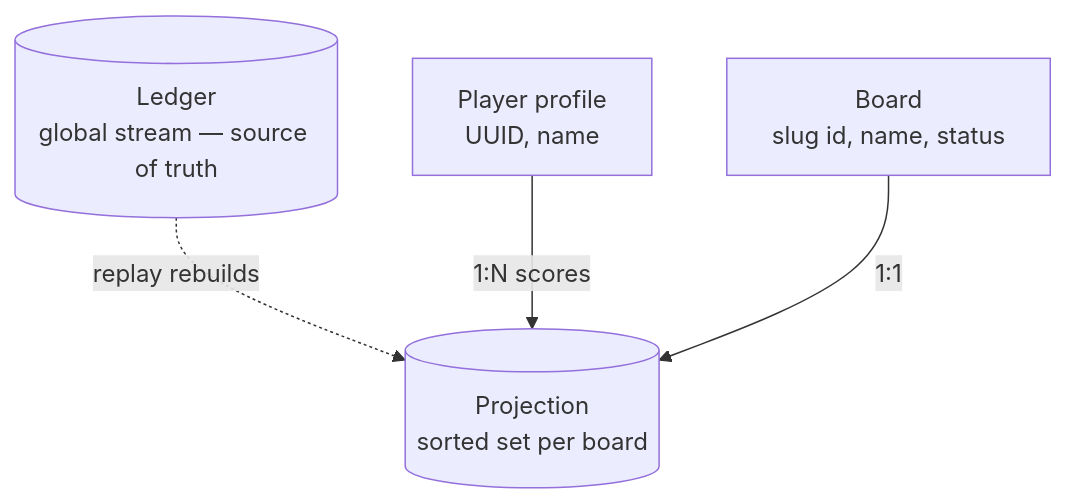
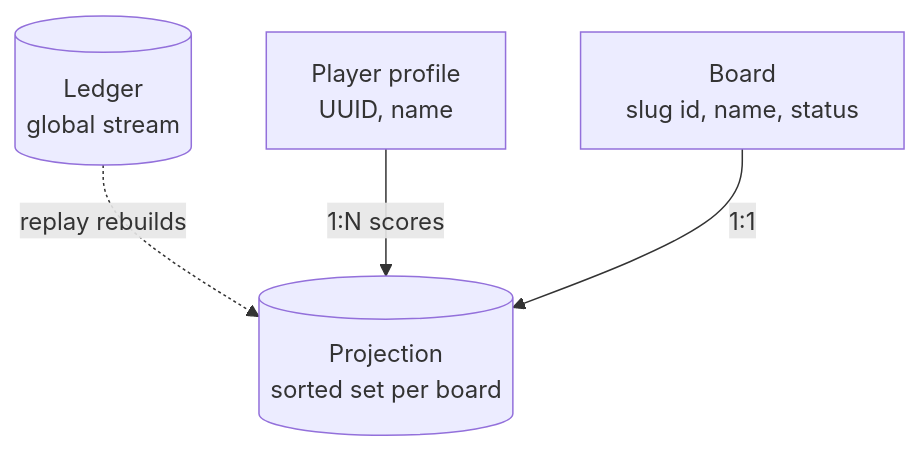
One commit to salandered/apex-leaderboard changed the first of 2 diagrams in docs/architecture.md. Above: the diagram before and after it, drawn with Mermaid. The commit also changed other lines of this file and 9 other files, not shown here.

````diff
--- a/docs/architecture.md
+++ b/docs/architecture.md
@@ -27,13 +27,13 @@
 ```mermaid
 flowchart TD
-    Ledger[(Ledger<br/>global stream — source of truth)]
+    Ledger[(Ledger<br/>global stream)]
 
     Board[Board<br/>slug id, name, status]
     Proj[(Projection<br/>sorted set per board)]
     Player[Player profile<br/>UUID, name]
 
     Ledger -.->|replay rebuilds| Proj
     Player -->|1:N scores| Proj
     Board -->|1:1| Proj
 
 ```
````
